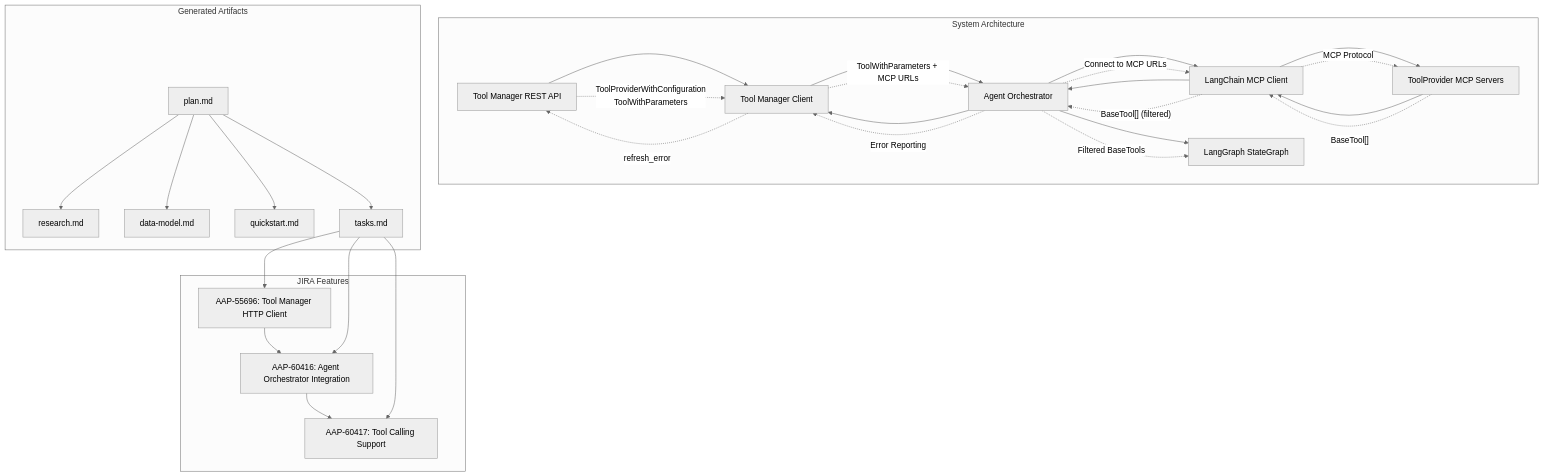
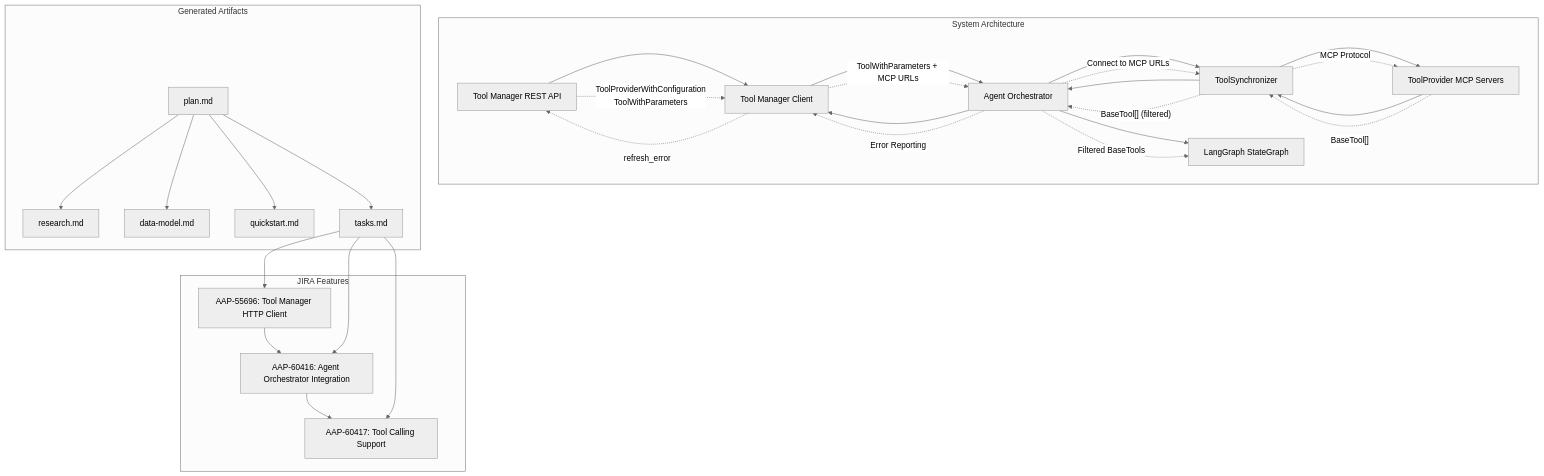
The diagram in specs/020-agentic-task-execution/plan.md (alinabuzachis/syntara), drawn with Mermaid (neutral theme) before and after one commit. The commit also changed other lines of this file and 2 other files, not shown here.

Commit message:
docs: Update Tool Calling Sequence Diagram. (#306)
* docs: Update Tool Calling Sequence Diagram.

````diff
--- a/specs/020-agentic-task-execution/plan.md
+++ b/specs/020-agentic-task-execution/plan.md
@@ -38,61 +38,61 @@
 ```mermaid
 flowchart TD
     subgraph "JIRA Features"
         J1[AAP-55696: Tool Manager HTTP Client]
         J2[AAP-60416: Agent Orchestrator Integration]
         J3[AAP-60417: Tool Calling Support]
     end
 
     subgraph "System Architecture"
         TM[Tool Manager REST API]
         CLIENT[Tool Manager Client]
         MCP_SERVERS[ToolProvider MCP Servers]
-        LMCP[LangChain MCP Client]
+        TS[ToolSynchronizer]
         AO[Agent Orchestrator]
         LG[LangGraph StateGraph]
     end
 
     subgraph "Generated Artifacts"
         PLAN[plan.md]
         RESEARCH[research.md]
         MODEL[data-model.md]
         QUICK[quickstart.md]
         TASKS[tasks.md]
     end
 
     %% Dependencies
     J1 --> J2
     J2 --> J3
 
     %% System Flow
     TM --> CLIENT
     CLIENT --> AO
-    AO --> LMCP
-    LMCP --> MCP_SERVERS
-    MCP_SERVERS --> LMCP
-    LMCP --> AO
+    AO --> TS
+    TS --> MCP_SERVERS
+    MCP_SERVERS --> TS
+    TS --> AO
     AO --> LG
     AO --> CLIENT
 
     %% Plan Flow
     PLAN --> RESEARCH
     PLAN --> MODEL
     PLAN --> QUICK
     PLAN --> TASKS
 
     %% Implementation Flow
     TASKS --> J1
     TASKS --> J2
     TASKS --> J3
 
     %% Data Flow Labels
     TM -.->|"ToolProviderWithConfiguration<br/>ToolWithParameters"| CLIENT
     CLIENT -.->|"ToolWithParameters + MCP URLs"| AO
-    AO -.->|"Connect to MCP URLs"| LMCP
-    LMCP -.->|"MCP Protocol"| MCP_SERVERS
-    MCP_SERVERS -.->|"BaseTool[]"| LMCP
-    LMCP -.->|"BaseTool[] (filtered)"| AO
+    AO -.->|"Connect to MCP URLs"| TS
+    TS -.->|"MCP Protocol"| MCP_SERVERS
+    MCP_SERVERS -.->|"BaseTool[]"| TS
+    TS -.->|"BaseTool[] (filtered)"| AO
     AO -.->|"Filtered BaseTools"| LG
     AO -.->|"Error Reporting"| CLIENT
     CLIENT -.->|"refresh_error"| TM
 ```
````
